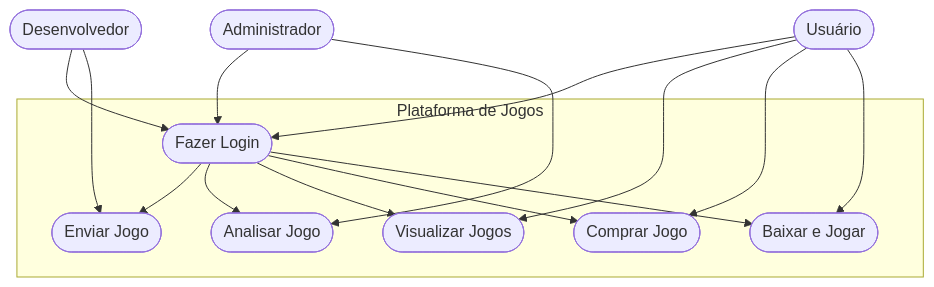
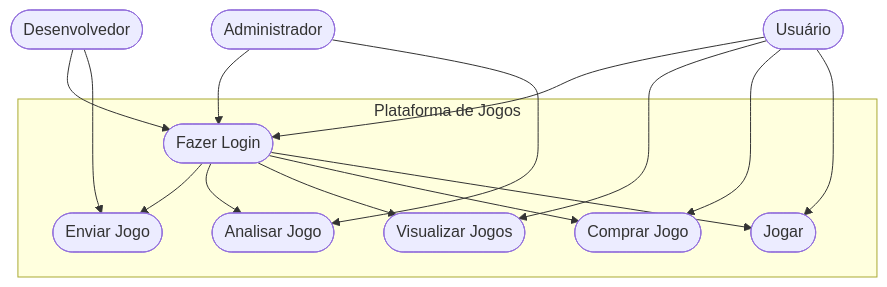
Before and after one commit to GuilhermeXavier08/mythic: the third of 3 diagrams in README.md, drawn with Mermaid. The commit also changed other lines of this file, not shown here.

````diff
--- a/README.md
+++ b/README.md
@@ -124,35 +123,35 @@
 ```mermaid
 graph TD
 
     subgraph "Plataforma de Jogos"
         caso1([Fazer Login])
         caso2([Enviar Jogo])
         caso3([Analisar Jogo])
         caso4([Visualizar Jogos])
         caso5([Comprar Jogo])
-        caso6([Baixar e Jogar])
+        caso6([Jogar])
     end
 
     Dev([Desenvolvedor])
     Usr([Usuário])
     Adm([Administrador])
 
     Dev --> caso1
     Dev --> caso2
 
     Usr --> caso1
     Usr --> caso4
     Usr --> caso5
     Usr --> caso6
     
     Adm --> caso1
     Adm --> caso3
 
     %% Relação "Login é necessário antes de"
     %% (Seguindo o estilo do seu exemplo)
     caso1 --> caso2
     caso1 --> caso3
     caso1 --> caso4
     caso1 --> caso5
     caso1 --> caso6
 ```
````
